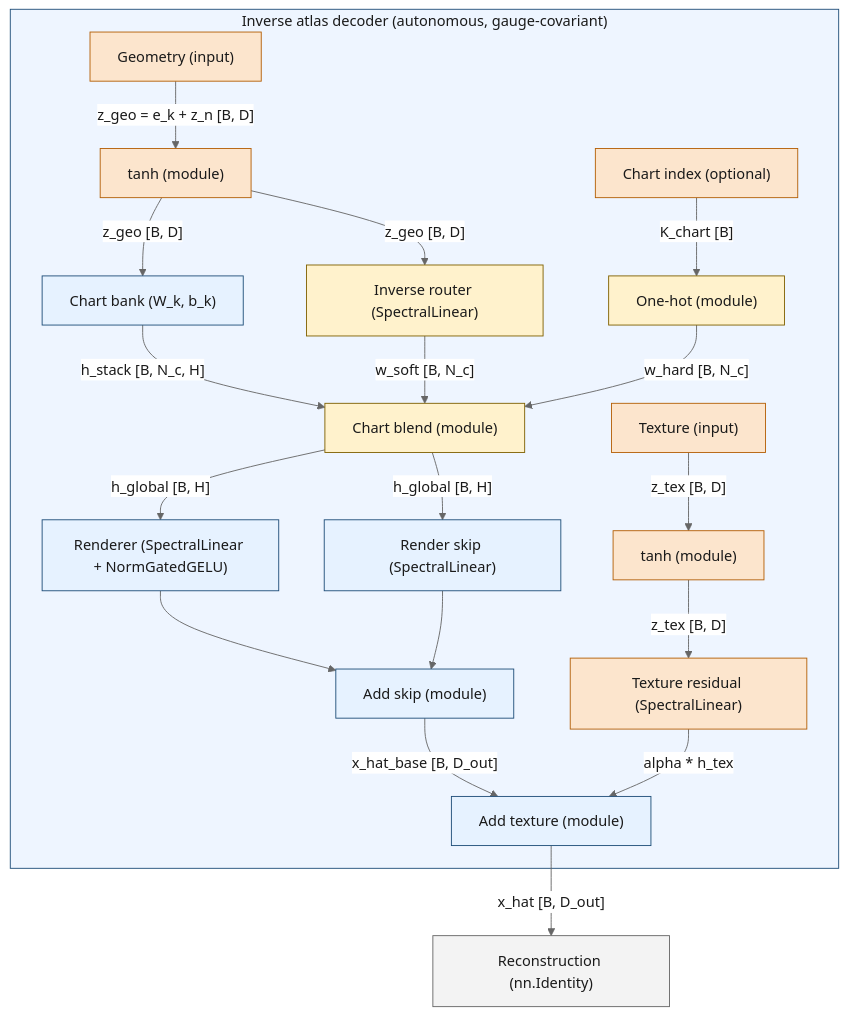
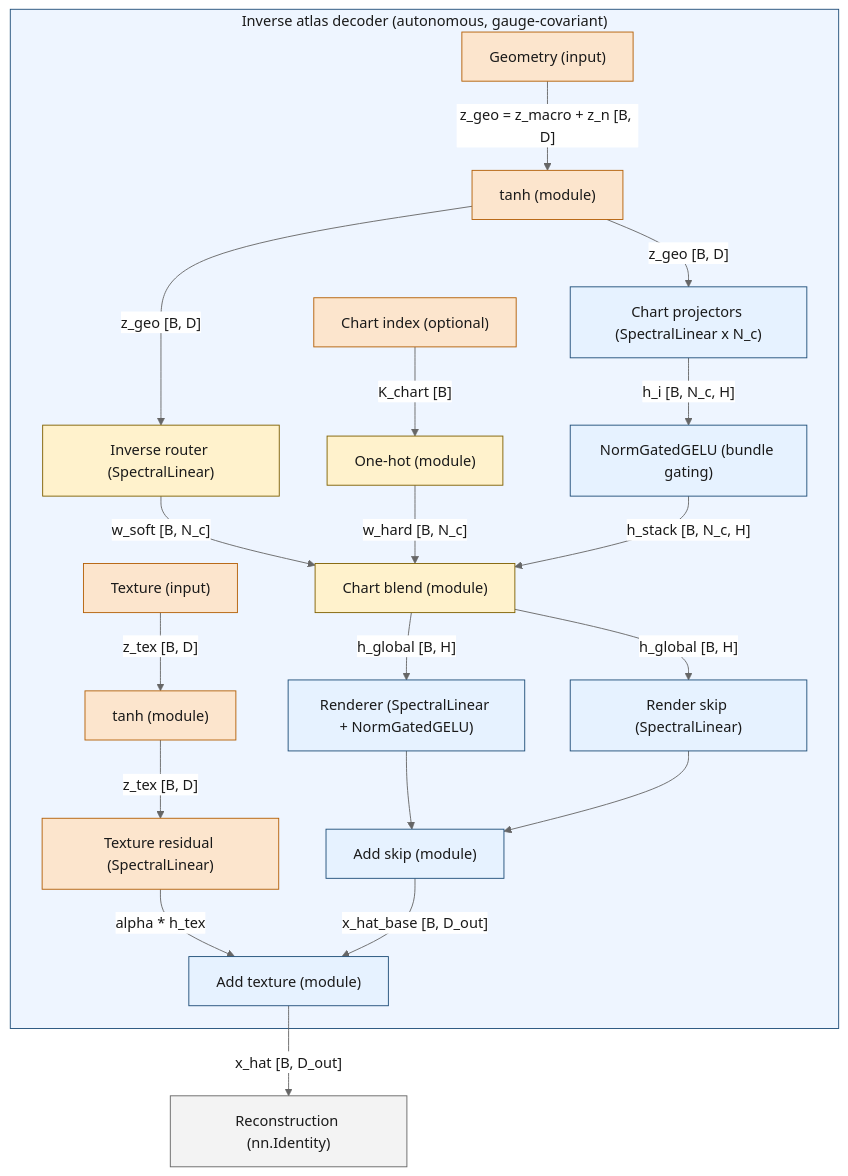
One commit to FragileTech/fragile changed the third of 3 diagrams in docs/source/1_agent/03_architecture/01_compute_tiers.md. Above: the diagram before and after it, drawn with Mermaid. The commit also changed other lines of this file and 21 other files, not shown here.

````diff
--- a/docs/source/1_agent/03_architecture/01_compute_tiers.md
+++ b/docs/source/1_agent/03_architecture/01_compute_tiers.md
@@ -1593,38 +1664,39 @@
 ```{mermaid}
 %%{init: {"themeVariables": {"edgeLabelBackground":"#ffffff","textColor":"#1a1a1a","lineColor":"#666666"}}}%%
 flowchart TD
     subgraph DEC["Inverse atlas decoder (autonomous, gauge-covariant)"]
-        Zgeo["Geometry (input)"] -- "z_geo = e_k + z_n [B, D]" --> TanhGeo["tanh (module)"]
-        TanhGeo -- "z_geo [B, D]" --> ChartBank["Chart bank (W_k, b_k)"]
+        Zgeo["Geometry (input)"] -- "z_geo = z_macro + z_n [B, D]" --> TanhGeo["tanh (module)"]
+        TanhGeo -- "z_geo [B, D]" --> ChartProj["Chart projectors (SpectralLinear x N_c)"]
+        ChartProj -- "h_i [B, N_c, H]" --> ChartGate["NormGatedGELU (bundle gating)"]
         TanhGeo -- "z_geo [B, D]" --> LatentRouter["Inverse router (SpectralLinear)"]
         ChartIdx["Chart index (optional)"] -- "K_chart [B]" --> OneHot["One-hot (module)"]
         LatentRouter -- "w_soft [B, N_c]" --> Mix["Chart blend (module)"]
         OneHot -- "w_hard [B, N_c]" --> Mix
 
-        ChartBank -- "h_stack [B, N_c, H]" --> Mix
+        ChartGate -- "h_stack [B, N_c, H]" --> Mix
         Mix -- "h_global [B, H]" --> Render["Renderer (SpectralLinear + NormGatedGELU)"]
         Mix -- "h_global [B, H]" --> Skip["Render skip (SpectralLinear)"]
         Render --> AddSkip["Add skip (module)"]
         Skip --> AddSkip
 
         Ztex["Texture (input)"] -- "z_tex [B, D]" --> TanhTex["tanh (module)"]
         TanhTex -- "z_tex [B, D]" --> TexRes["Texture residual (SpectralLinear)"]
         TexRes -- "alpha * h_tex" --> AddTex["Add texture (module)"]
         AddSkip -- "x_hat_base [B, D_out]" --> AddTex
     end
 
     AddTex -- "x_hat [B, D_out]" --> Out["Reconstruction (nn.Identity)"]
 
     classDef decoder fill:#e6f2ff,stroke:#1f4e79,stroke-width:1px,color:#1a1a1a;
     classDef router fill:#fff2cc,stroke:#7f6000,stroke-width:1px,color:#1a1a1a;
     classDef vq fill:#e2f0d9,stroke:#38761d,stroke-width:1px,color:#1a1a1a;
     classDef residual fill:#fce5cd,stroke:#b45f06,stroke-width:1px,color:#1a1a1a;
     classDef io fill:#f3f3f3,stroke:#666666,stroke-width:1px,color:#1a1a1a;
 
     class LatentRouter,OneHot,Mix router;
     class ChartIdx,Zgeo,Ztex,TanhGeo,TanhTex,TexRes residual;
-    class ChartBank,Render,Skip,AddSkip,AddTex decoder;
+    class ChartProj,ChartGate,Render,Skip,AddSkip,AddTex decoder;
     class Out io;
 
     style DEC fill:#eef5ff,stroke:#1f4e79,stroke-width:1px,color:#1a1a1a;
 ```
````
